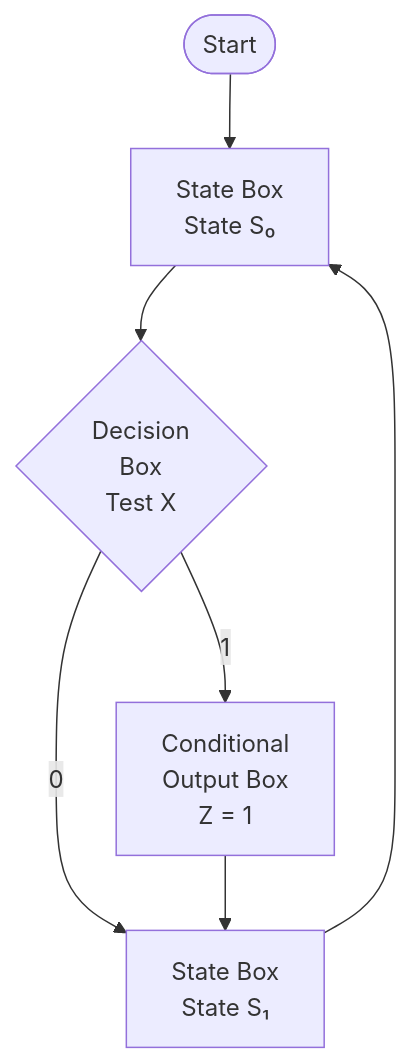
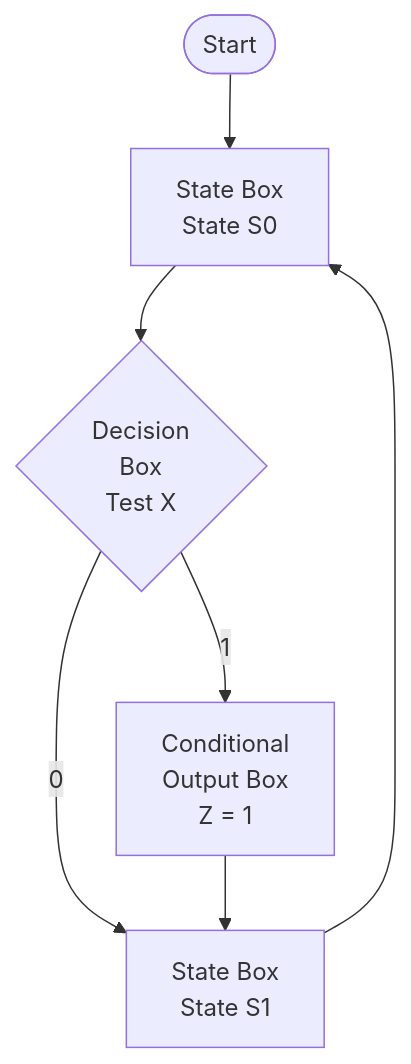
The fifth of 7 diagrams in docs/courses/digital-logic/07-state-machines.md (Raushan666java/ai-engineering-journey), drawn with Mermaid before and after one commit. The commit also changed other lines of this file and 790 other files, not shown here.

Commit message:
Sync all course diagram renders and content updates

````diff
--- a/docs/courses/digital-logic/07-state-machines.md
+++ b/docs/courses/digital-logic/07-state-machines.md
@@ -425,9 +425,9 @@
 ```mermaid
 graph TD
-    START([Start]) --> SB[State Box<br>State S₀]
+    START([Start]) --> SB[State Box<br>State S0]
     SB --> DC{Decision<br>Box<br>Test X}
-    DC --> |0| SB2[State Box<br>State S₁]
+    DC --> |0| SB2[State Box<br>State S1]
     DC --> |1| CO[Conditional<br>Output Box<br>Z = 1]
     CO --> SB2
     SB2 --> SB
 ```
````
